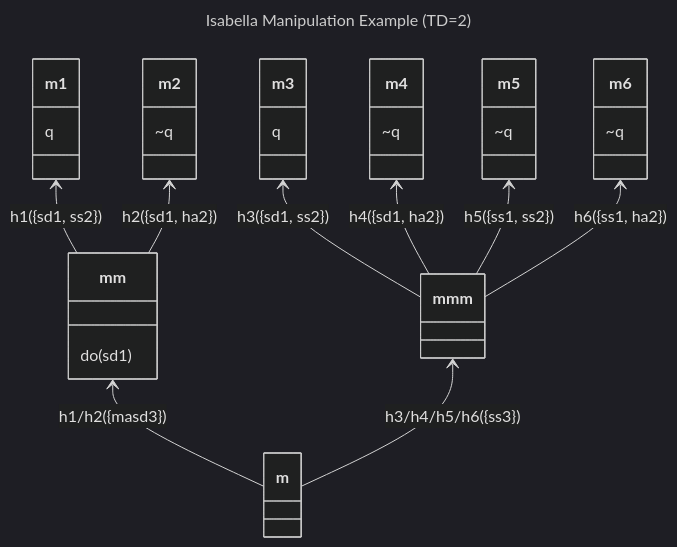
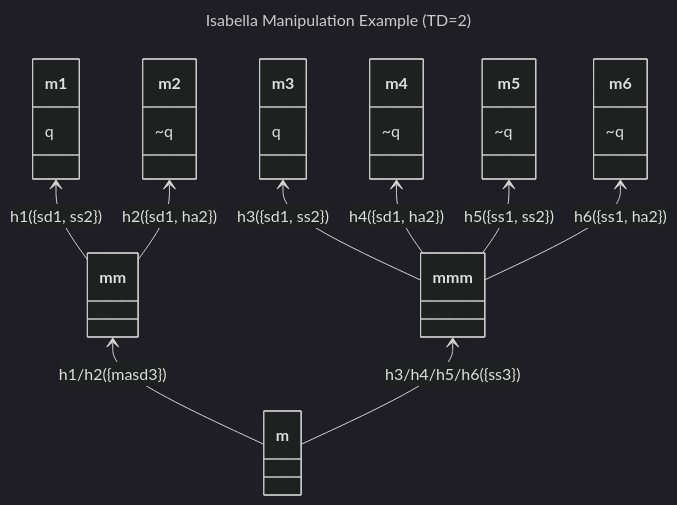
Before and after one commit to bparsia/alon-streamlit-app: the diagram in streamlit_app/models/depth2_example.mmd, drawn with Mermaid (dark theme). The commit also changed 2 other files, not shown here.

```diff
--- a/streamlit_app/models/depth2_example.mmd
+++ b/streamlit_app/models/depth2_example.mmd
@@ -1,55 +1,56 @@
 ---
 title: Isabella Manipulation Example (TD=2)
 description: Isabella manipulates Alice into shooting Dan. Chained responsibility across two temporal stages.
 type: DBT
 actions:
   1:
     - sd
     - ss
   2:
     - ss
     - ha
   3:
     - ss
     - masd
 opposings:
   sd1:
     - ha2
 aliases:
   1: Alice
   2: Beth
   3: Isabella
   sd: shoots Dan
   ss: stands still
   ha: hits Alice
   masd: manipulates Alice into shooting Dan
   q: Dan dies
-result: q
-evaluation_point: m/h1
-evaluate:
+res_analyse:
   - - m/h1
     - do(sd1)
   - - mm/h1
     - q
+  - - m/h1
+    - "[]do(sd1)"
+  - - m/h1
+    - "<>do(sd1)"
 ---
 classDiagram
 direction BT
 
   m --> mm : h1/h2({masd3})
   m --> mmm : h3/h4/h5/h6({ss3})
 
   mm --> m1 : h1({sd1, ss2})
   mm --> m2 : h2({sd1, ha2})
 
   mmm --> m3 : h3({sd1, ss2})
   mmm --> m4 : h4({sd1, ha2})
   mmm --> m5 : h5({ss1, ss2})
   mmm --> m6 : h6({ss1, ha2})
 
-  mm: do(sd1)
   m1: q
   m2: ~q
   m3: q
   m4: ~q
   m5: ~q
   m6: ~q
```
